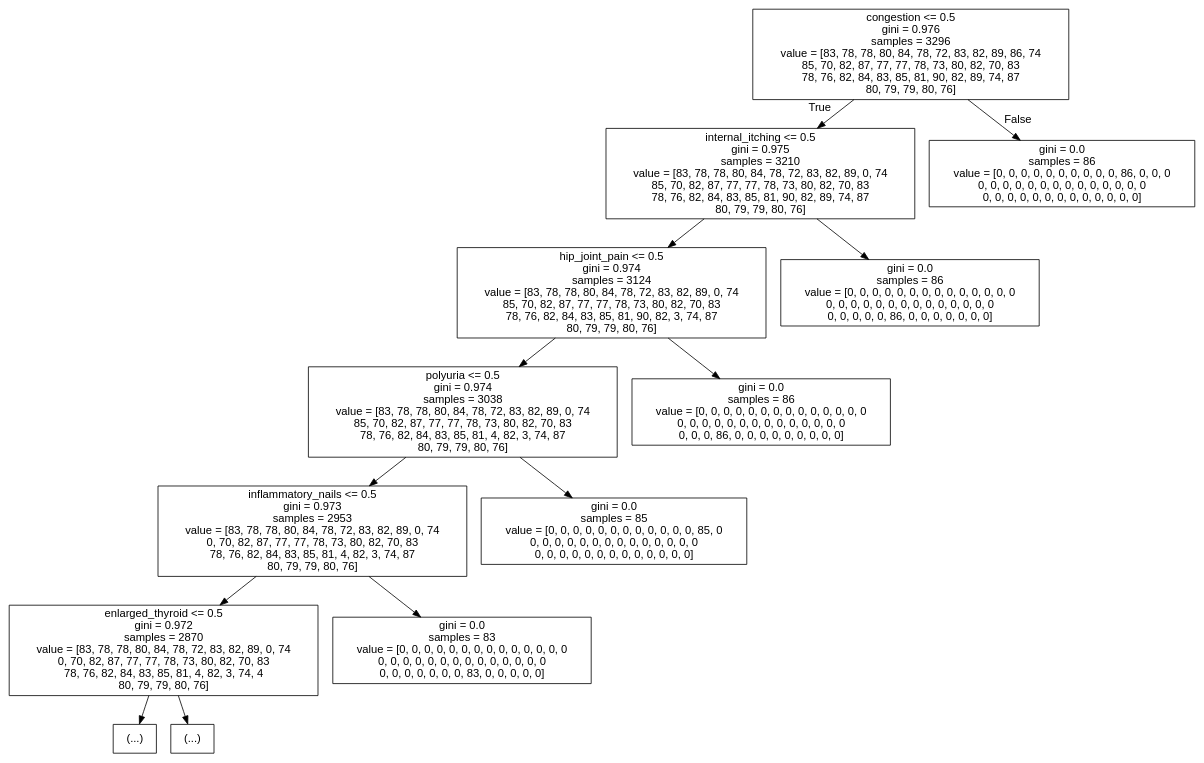
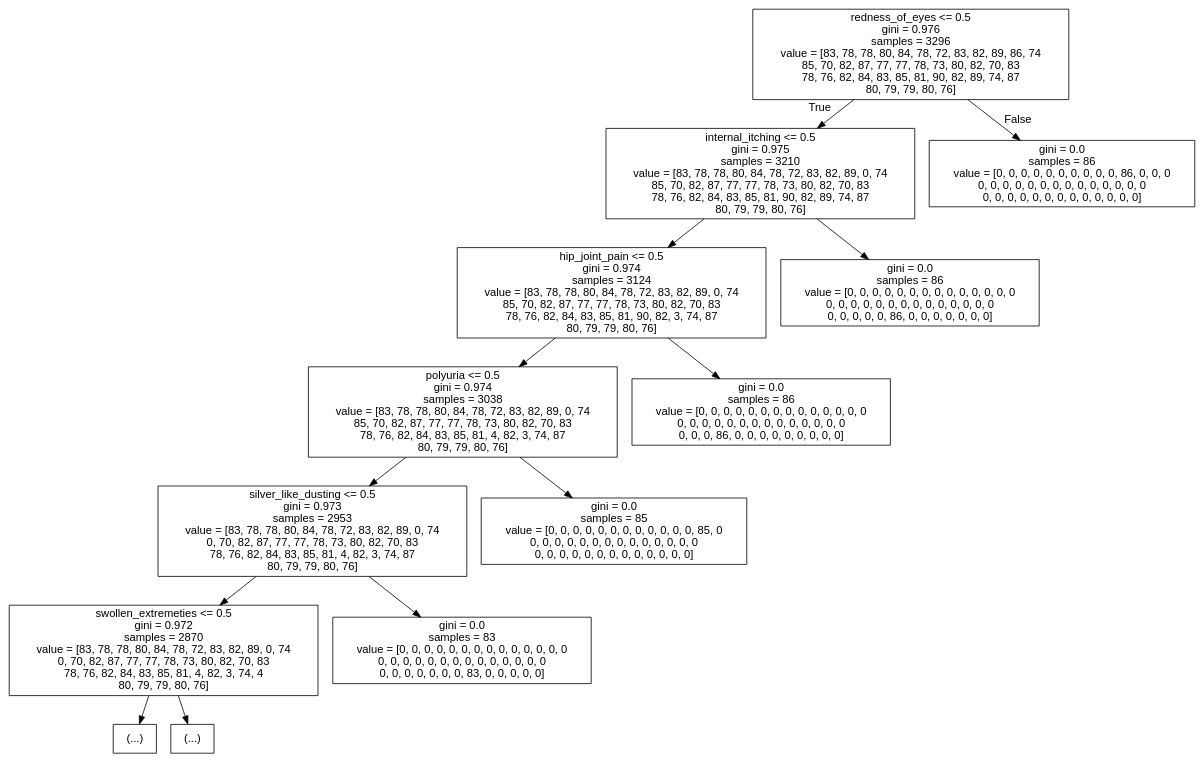
The diagram in tree-top5.dot (Sahilbhatane/common-diseases-Prediction-model), drawn with Graphviz before and after one commit. The commit also changed 5 other files, not shown here.

```diff
--- a/tree-top5.dot
+++ b/tree-top5.dot
@@ -1,29 +1,29 @@
 digraph Tree {
 node [shape=box, fontname="helvetica"] ;
 edge [fontname="helvetica"] ;
-0 [label="congestion <= 0.5\ngini = 0.976\nsamples = 3296\nvalue = [83, 78, 78, 80, 84, 78, 72, 83, 82, 89, 86, 74\n85, 70, 82, 87, 77, 77, 78, 73, 80, 82, 70, 83\n78, 76, 82, 84, 83, 85, 81, 90, 82, 89, 74, 87\n80, 79, 79, 80, 76]"] ;
+0 [label="redness_of_eyes <= 0.5\ngini = 0.976\nsamples = 3296\nvalue = [83, 78, 78, 80, 84, 78, 72, 83, 82, 89, 86, 74\n85, 70, 82, 87, 77, 77, 78, 73, 80, 82, 70, 83\n78, 76, 82, 84, 83, 85, 81, 90, 82, 89, 74, 87\n80, 79, 79, 80, 76]"] ;
 1 [label="internal_itching <= 0.5\ngini = 0.975\nsamples = 3210\nvalue = [83, 78, 78, 80, 84, 78, 72, 83, 82, 89, 0, 74\n85, 70, 82, 87, 77, 77, 78, 73, 80, 82, 70, 83\n78, 76, 82, 84, 83, 85, 81, 90, 82, 89, 74, 87\n80, 79, 79, 80, 76]"] ;
 0 -> 1 [labeldistance=2.5, labelangle=45, headlabel="True"] ;
 2 [label="hip_joint_pain <= 0.5\ngini = 0.974\nsamples = 3124\nvalue = [83, 78, 78, 80, 84, 78, 72, 83, 82, 89, 0, 74\n85, 70, 82, 87, 77, 77, 78, 73, 80, 82, 70, 83\n78, 76, 82, 84, 83, 85, 81, 90, 82, 3, 74, 87\n80, 79, 79, 80, 76]"] ;
 1 -> 2 ;
 3 [label="polyuria <= 0.5\ngini = 0.974\nsamples = 3038\nvalue = [83, 78, 78, 80, 84, 78, 72, 83, 82, 89, 0, 74\n85, 70, 82, 87, 77, 77, 78, 73, 80, 82, 70, 83\n78, 76, 82, 84, 83, 85, 81, 4, 82, 3, 74, 87\n80, 79, 79, 80, 76]"] ;
 2 -> 3 ;
-4 [label="inflammatory_nails <= 0.5\ngini = 0.973\nsamples = 2953\nvalue = [83, 78, 78, 80, 84, 78, 72, 83, 82, 89, 0, 74\n0, 70, 82, 87, 77, 77, 78, 73, 80, 82, 70, 83\n78, 76, 82, 84, 83, 85, 81, 4, 82, 3, 74, 87\n80, 79, 79, 80, 76]"] ;
+4 [label="silver_like_dusting <= 0.5\ngini = 0.973\nsamples = 2953\nvalue = [83, 78, 78, 80, 84, 78, 72, 83, 82, 89, 0, 74\n0, 70, 82, 87, 77, 77, 78, 73, 80, 82, 70, 83\n78, 76, 82, 84, 83, 85, 81, 4, 82, 3, 74, 87\n80, 79, 79, 80, 76]"] ;
 3 -> 4 ;
-5 [label="enlarged_thyroid <= 0.5\ngini = 0.972\nsamples = 2870\nvalue = [83, 78, 78, 80, 84, 78, 72, 83, 82, 89, 0, 74\n0, 70, 82, 87, 77, 77, 78, 73, 80, 82, 70, 83\n78, 76, 82, 84, 83, 85, 81, 4, 82, 3, 74, 4\n80, 79, 79, 80, 76]"] ;
+5 [label="swollen_extremeties <= 0.5\ngini = 0.972\nsamples = 2870\nvalue = [83, 78, 78, 80, 84, 78, 72, 83, 82, 89, 0, 74\n0, 70, 82, 87, 77, 77, 78, 73, 80, 82, 70, 83\n78, 76, 82, 84, 83, 85, 81, 4, 82, 3, 74, 4\n80, 79, 79, 80, 76]"] ;
 4 -> 5 ;
 6 [label="(...)"] ;
 5 -> 6 ;
 119 [label="(...)"] ;
 5 -> 119 ;
 120 [label="gini = 0.0\nsamples = 83\nvalue = [0, 0, 0, 0, 0, 0, 0, 0, 0, 0, 0, 0, 0, 0\n0, 0, 0, 0, 0, 0, 0, 0, 0, 0, 0, 0, 0, 0\n0, 0, 0, 0, 0, 0, 0, 83, 0, 0, 0, 0, 0]"] ;
 4 -> 120 ;
 121 [label="gini = 0.0\nsamples = 85\nvalue = [0, 0, 0, 0, 0, 0, 0, 0, 0, 0, 0, 0, 85, 0\n0, 0, 0, 0, 0, 0, 0, 0, 0, 0, 0, 0, 0, 0\n0, 0, 0, 0, 0, 0, 0, 0, 0, 0, 0, 0, 0]"] ;
 3 -> 121 ;
 122 [label="gini = 0.0\nsamples = 86\nvalue = [0, 0, 0, 0, 0, 0, 0, 0, 0, 0, 0, 0, 0, 0\n0, 0, 0, 0, 0, 0, 0, 0, 0, 0, 0, 0, 0, 0\n0, 0, 0, 86, 0, 0, 0, 0, 0, 0, 0, 0, 0]"] ;
 2 -> 122 ;
 123 [label="gini = 0.0\nsamples = 86\nvalue = [0, 0, 0, 0, 0, 0, 0, 0, 0, 0, 0, 0, 0, 0\n0, 0, 0, 0, 0, 0, 0, 0, 0, 0, 0, 0, 0, 0\n0, 0, 0, 0, 0, 86, 0, 0, 0, 0, 0, 0, 0]"] ;
 1 -> 123 ;
 124 [label="gini = 0.0\nsamples = 86\nvalue = [0, 0, 0, 0, 0, 0, 0, 0, 0, 0, 86, 0, 0, 0\n0, 0, 0, 0, 0, 0, 0, 0, 0, 0, 0, 0, 0, 0\n0, 0, 0, 0, 0, 0, 0, 0, 0, 0, 0, 0, 0]"] ;
 0 -> 124 [labeldistance=2.5, labelangle=-45, headlabel="False"] ;
 }
```
